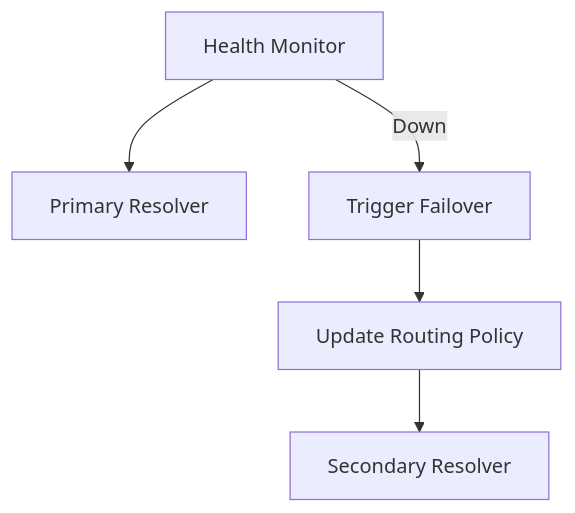
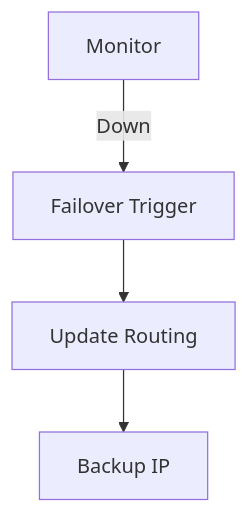
One commit to Devopstrio/hybrid-dns-resolution changed the sixth of 30 diagrams in README.md. Above: the diagram before and after it, drawn with Mermaid. The commit also changed other lines of this file, not shown here.

Commit message:
docs: expand README with 30+ architectural diagrams

````diff
--- a/README.md
+++ b/README.md
@@ -144,7 +88,6 @@
 ```mermaid
 graph TD
-    Monitor[Health Monitor] --> ResolverA[Primary Resolver]
-    Monitor -->|Down| Trigger[Trigger Failover]
-    Trigger --> Update[Update Routing Policy]
-    Update --> ResolverB[Secondary Resolver]
+    M[Monitor] -->|Down| F[Failover Trigger]
+    F --> U[Update Routing]
+    U --> B[Backup IP]
 ```
````
